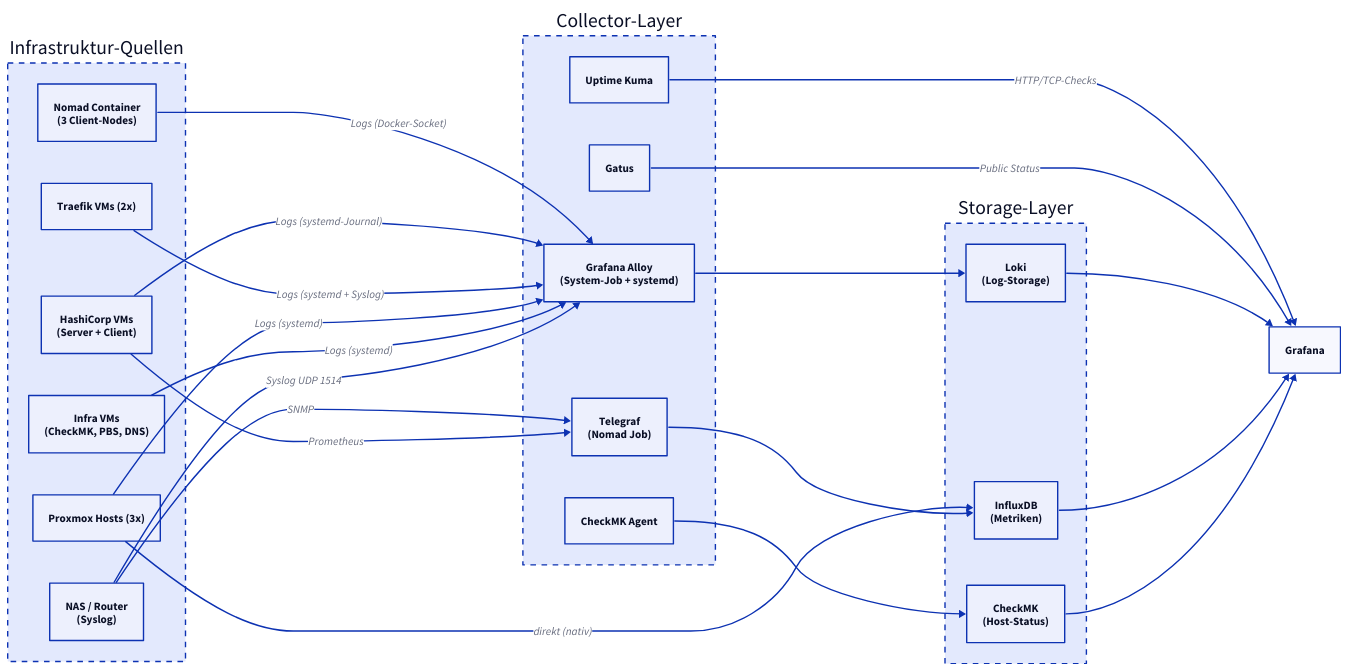
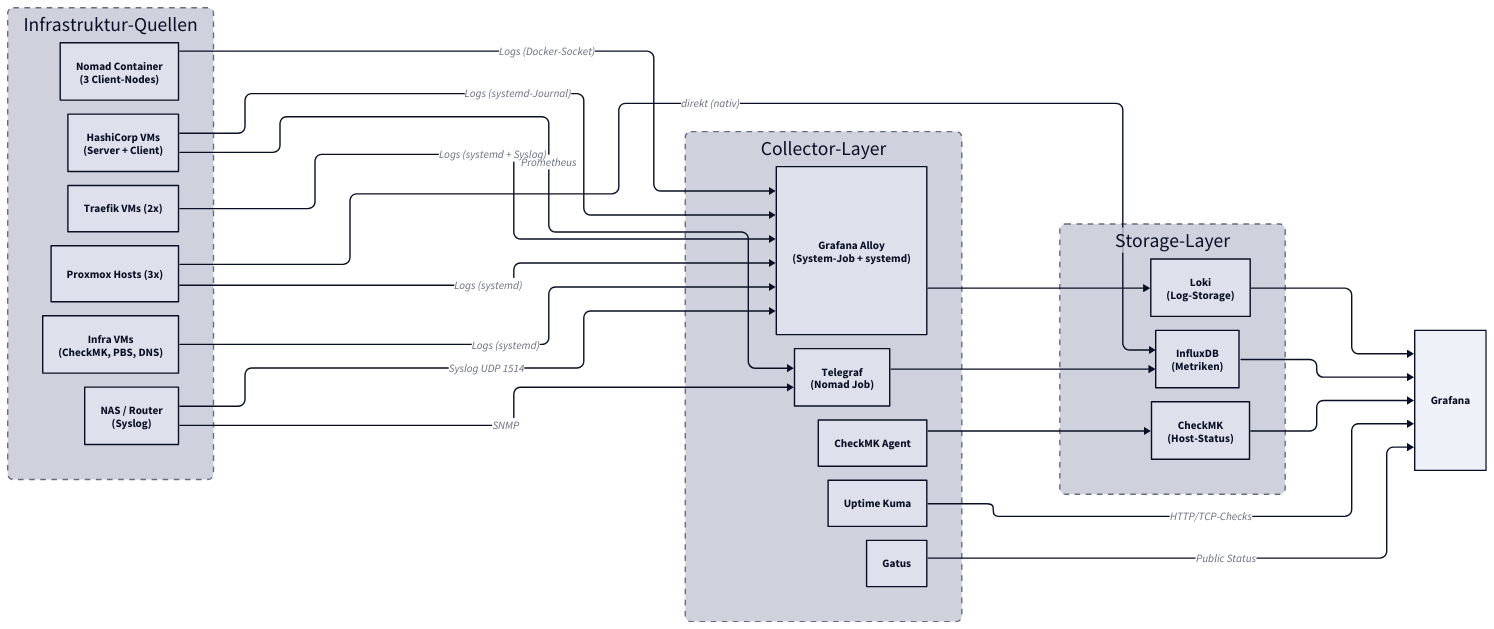
One commit to derever-labs/homelab-wiki changed the second of 2 diagrams in docs/monitoring/index.md. Above: the diagram before and after it, drawn with D2. The commit also changed other lines of this file and 109 other files, not shown here.

````diff
--- a/docs/monitoring/index.md
+++ b/docs/monitoring/index.md
@@ -266,51 +271,67 @@
 ```d2
 direction: right
 
+vars: {
+  d2-config: {
+    theme-id: 1
+    layout-engine: elk
+  }
+}
+
+classes: {
+  container: {
+    style: {
+      border-radius: 8
+      stroke-dash: 4
+    }
+  }
+}
+
 Sources: Infrastruktur-Quellen {
-  style.stroke-dash: 4
+  class: container
   Containers: "Nomad Container\n(3 Client-Nodes)"
   Servers: "HashiCorp VMs\n(Server + Client)"
   Traefik: "Traefik VMs (2x)"
   Proxmox: "Proxmox Hosts (3x)"
   Infra: "Infra VMs\n(CheckMK, PBS, DNS)"
   NAS: "NAS / Router\n(Syslog)"
 }
 
 Collectors: Collector-Layer {
-  style.stroke-dash: 4
+  class: container
   Alloy: "Grafana Alloy\n(System-Job + systemd)"
   Telegraf: "Telegraf\n(Nomad Job)"
   CMK: "CheckMK Agent"
   Kuma: "Uptime Kuma"
   Gatus: Gatus
 }
 
 Storage: Storage-Layer {
-  style.stroke-dash: 4
+  class: container
   Loki: "Loki\n(Log-Storage)"
   Influx: "InfluxDB\n(Metriken)"
   CheckMK: "CheckMK\n(Host-Status)"
 }
 
 GRAF: Grafana
 
 Sources.Containers -> Collectors.Alloy: Logs (Docker-Socket)
 Sources.Servers -> Collectors.Alloy: Logs (systemd-Journal)
 Sources.Traefik -> Collectors.Alloy: Logs (systemd + Syslog)
 Sources.Proxmox -> Collectors.Alloy: Logs (systemd)
 Sources.Infra -> Collectors.Alloy: Logs (systemd)
 Sources.NAS -> Collectors.Alloy: Syslog UDP 1514
 Sources.NAS -> Collectors.Telegraf: SNMP
 Sources.Servers -> Collectors.Telegraf: Prometheus
 Sources.Proxmox -> Storage.Influx: direkt (nativ)
 
 Collectors.Alloy -> Storage.Loki
 Collectors.Telegraf -> Storage.Influx
 Collectors.CMK -> Storage.CheckMK
 Collectors.Kuma -> GRAF: "HTTP/TCP-Checks"
 Collectors.Gatus -> GRAF: "Public Status"
 
 Storage.Loki -> GRAF
 Storage.Influx -> GRAF
 Storage.CheckMK -> GRAF
 ```
````
